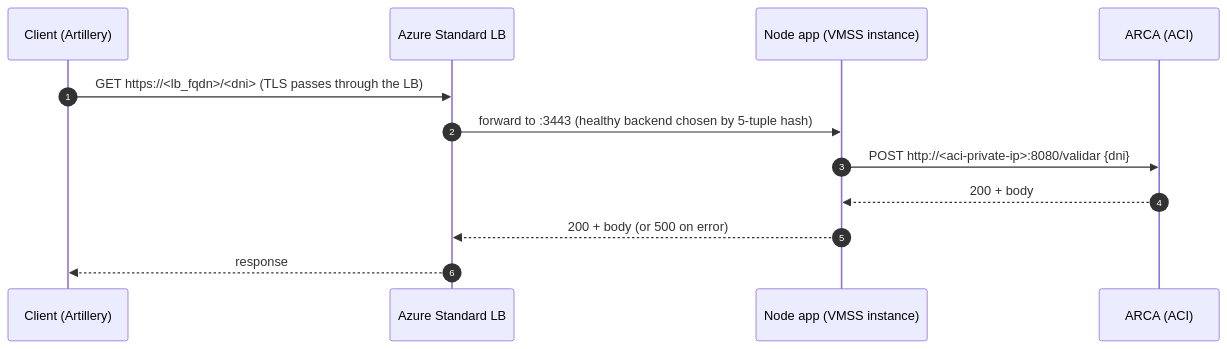
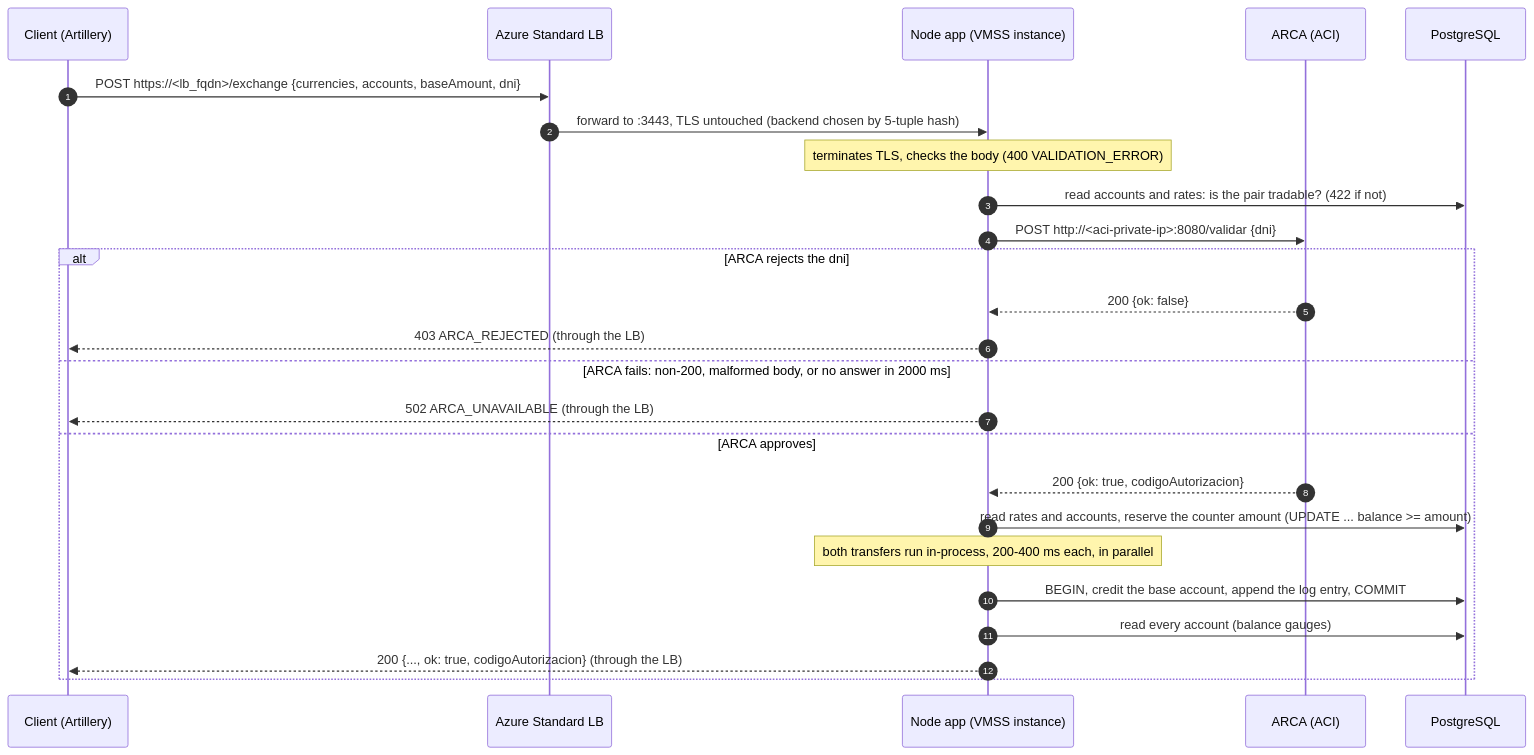
Before and after one commit to tcorzo/fiuba-2026C2-arq-tp2: the second of 3 diagrams in docs/infra/overview.md, drawn with Mermaid. The commit also changed other lines of this file, not shown here.

Commit message:
docs(infra): draw the request path of the exchange service
The request path diagram still showed the course's example app
(GET /<dni>) and said the service did not call ARCA yet. It now follows
POST /exchange through node/http.js and node/exchange.js: the body
check, the pair check against PostgreSQL, the ARCA validation with its
403 and 502 outcomes, and the reservation, transfers and transaction of
an approved exchange.

````diff
--- a/docs/infra/overview.md
+++ b/docs/infra/overview.md
@@ -218,15 +220,28 @@
 ```mermaid
 sequenceDiagram
     autonumber
     participant C as Client (Artillery)
     participant LB as Azure Standard LB
     participant N as Node app (VMSS instance)
     participant A as ARCA (ACI)
+    participant P as PostgreSQL
 
-    C->>LB: GET https://<lb_fqdn>/<dni> (TLS passes through the LB)
-    LB->>N: forward to :3443 (healthy backend chosen by 5-tuple hash)
+    C->>LB: POST https://<lb_fqdn>/exchange {currencies, accounts, baseAmount, dni}
+    LB->>N: forward to :3443, TLS untouched (backend chosen by 5-tuple hash)
+    Note over N: terminates TLS, checks the body (400 VALIDATION_ERROR)
+    N->>P: read accounts and rates: is the pair tradable? (422 if not)
     N->>A: POST http://<aci-private-ip>:8080/validar {dni}
-    A-->>N: 200 + body
-    N-->>LB: 200 + body (or 500 on error)
-    LB-->>C: response
+    alt ARCA rejects the dni
+        A-->>N: 200 {ok: false}
+        N-->>C: 403 ARCA_REJECTED (through the LB)
+    else ARCA fails: non-200, malformed body, or no answer in 2000 ms
+        N-->>C: 502 ARCA_UNAVAILABLE (through the LB)
+    else ARCA approves
+        A-->>N: 200 {ok: true, codigoAutorizacion}
+        N->>P: read rates and accounts, reserve the counter amount (UPDATE ... balance >= amount)
+        Note over N: both transfers run in-process, 200-400 ms each, in parallel
+        N->>P: BEGIN, credit the base account, append the log entry, COMMIT
+        N->>P: read every account (balance gauges)
+        N-->>C: 200 {..., ok: true, codigoAutorizacion} (through the LB)
+    end
 ```
````
